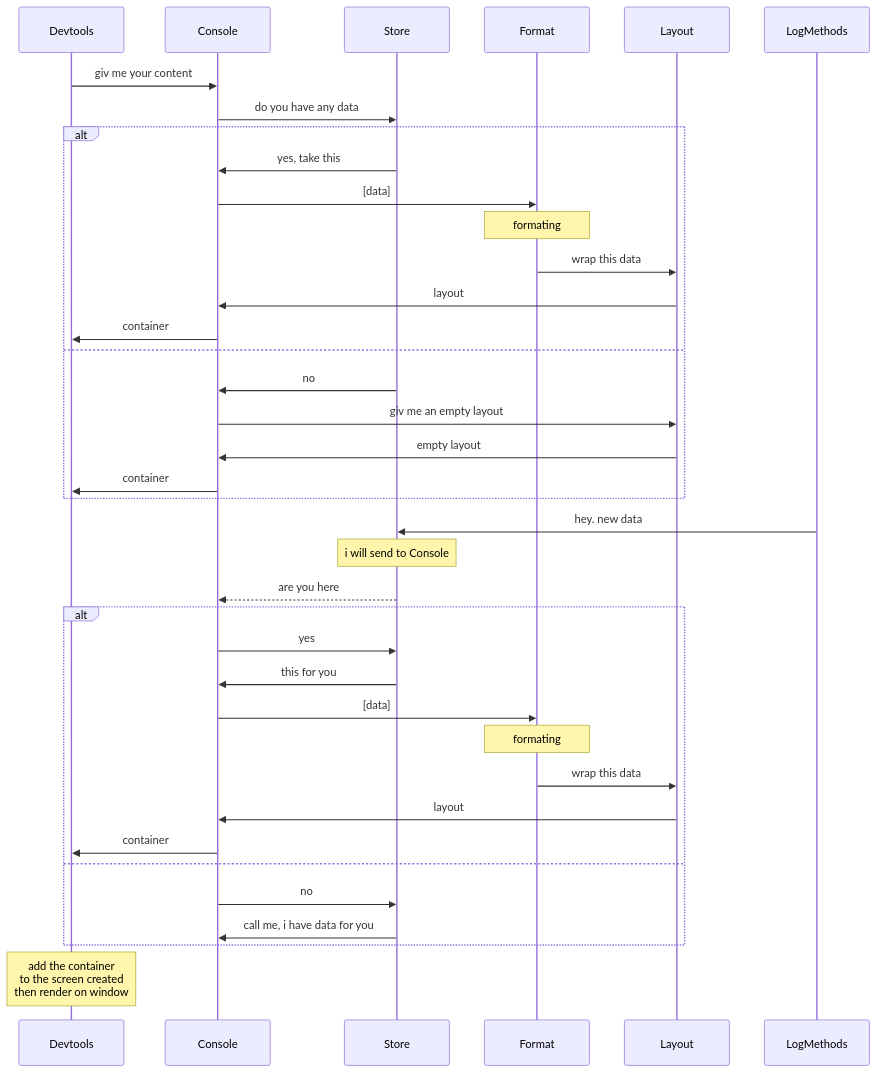
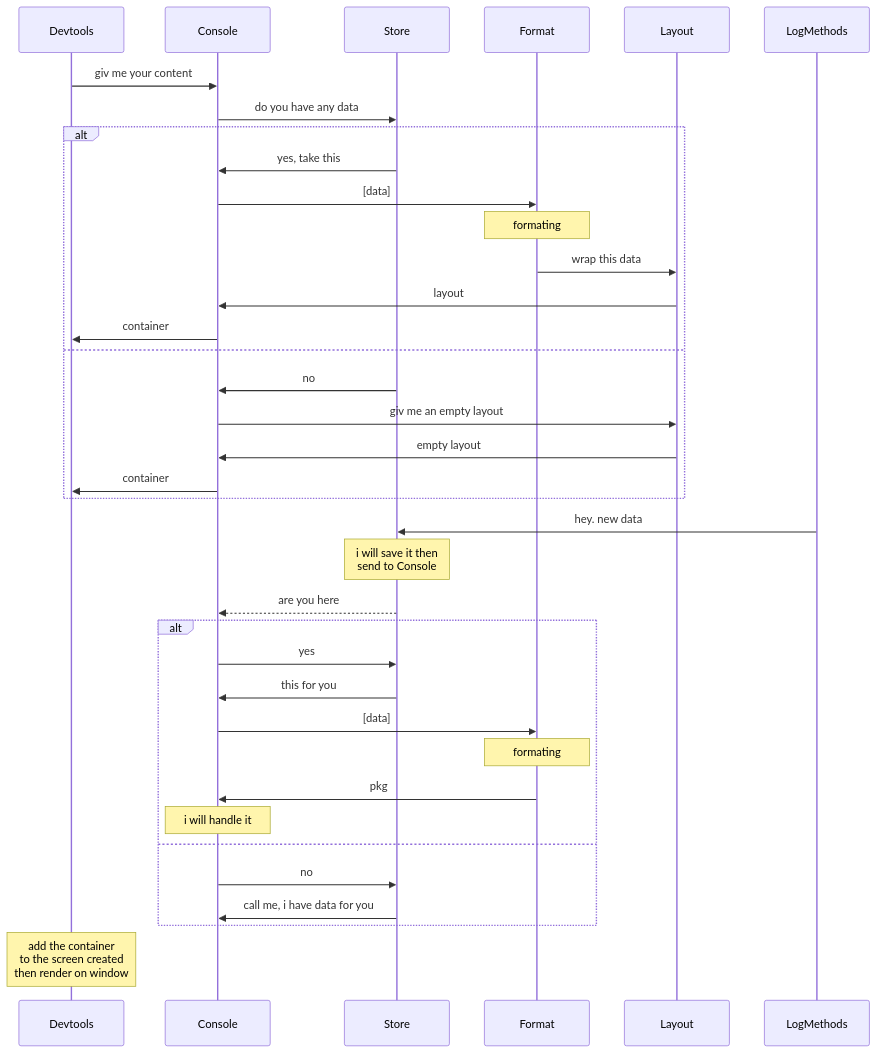
Before and after one commit to moo-m/MDev: the second of 2 diagrams in README.md, drawn with Mermaid.

````diff
--- a/README.md
+++ b/README.md
@@ -135,53 +135,52 @@
 ```mermaid
 sequenceDiagram
 participant Devtools
 participant Console
 participant Store
 participant Format
 participant Layout
 participant LogMethods
 
 Devtools->>Console:giv me your content
 Console ->> Store:do you have any data
 
 alt
 Store->>Console:yes, take this
 Console ->> Format:[data]
 Note over Format:formating
 Format ->> Layout:wrap this data
 Layout ->> Console:layout
 Console ->>Devtools:container
 
 else
 
 Store->>Console:no
 Console->>Layout:giv me an empty layout
 Layout ->> Console:empty layout
 Console ->>Devtools:container
 
 end
 
 LogMethods->>Store:hey. new data
-Note over Store:i will send to Console
+Note over Store:i will save it then<br/>send to Console
 Store -->> Console: are you here 
 
 alt
 
 Console->>Store:yes
 Store ->>Console:this for you
 Console ->> Format:[data]
 Note over Format:formating
-Format ->> Layout:wrap this data
-Layout ->> Console:layout
-Console ->>Devtools:container
+Format ->> Console:pkg
+Note over Console:i will handle it
 
 else
 
 Console->>Store:no
 Store ->>Console:call me, i have data for you
 
 end
 
 Note over Devtools:add the container <br/>to the screen created <br/>then render on window
 
 ```
````
